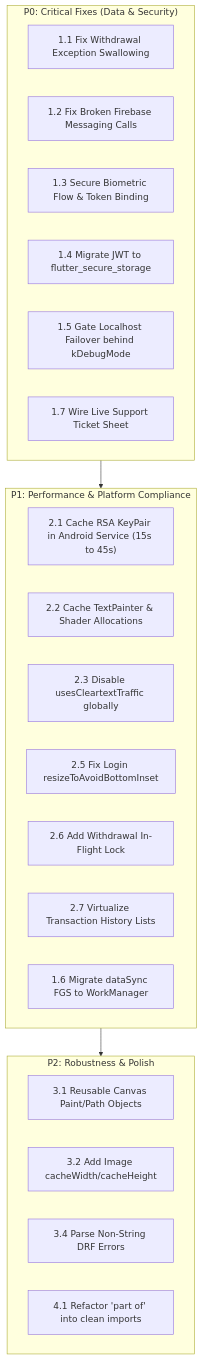
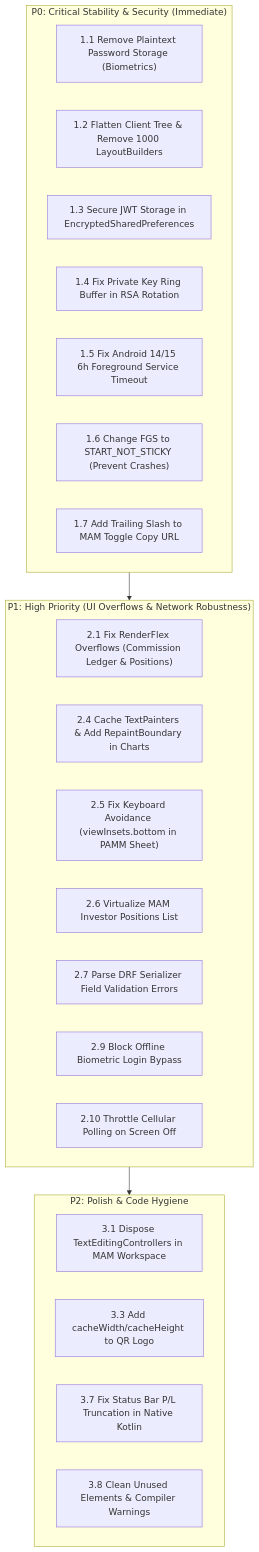
The diagram in APPLICATION_AUDIT.md (Moneykrishnaeducation/crm_app), drawn with Mermaid before and after one commit. The commit also changed other lines of this file, not shown here.

Commit message:
docs: comprehensive application audit covering security, native lifecycle, and UI performance (Nov 26, 2026)

````diff
--- a/APPLICATION_AUDIT.md
+++ b/APPLICATION_AUDIT.md
@@ -241,30 +292,31 @@
 ```mermaid
 flowchart TD
-    subgraph P0["P0: Critical Fixes (Data & Security)"]
-        A1["1.1 Fix Withdrawal Exception Swallowing"]
-        A2["1.2 Fix Broken Firebase Messaging Calls"]
-        A3["1.3 Secure Biometric Flow & Token Binding"]
-        A4["1.4 Migrate JWT to flutter_secure_storage"]
-        A5["1.5 Gate Localhost Failover behind kDebugMode"]
-        A6["1.7 Wire Live Support Ticket Sheet"]
-    end
-    
-    subgraph P1["P1: Performance & Platform Compliance"]
-        B1["2.1 Cache RSA KeyPair in Android Service (15s to 45s)"]
-        B2["2.2 Cache TextPainter & Shader Allocations"]
-        B3["2.3 Disable usesCleartextTraffic globally"]
-        B4["2.5 Fix Login resizeToAvoidBottomInset"]
-        B5["2.6 Add Withdrawal In-Flight Lock"]
-        B6["2.7 Virtualize Transaction History Lists"]
-        B7["1.6 Migrate dataSync FGS to WorkManager"]
+    subgraph P0["P0: Critical Stability & Security (Immediate)"]
+        A1["1.1 Remove Plaintext Password Storage (Biometrics)"]
+        A2["1.2 Flatten Client Tree & Remove 1000 LayoutBuilders"]
+        A3["1.3 Secure JWT Storage in EncryptedSharedPreferences"]
+        A4["1.4 Fix Private Key Ring Buffer in RSA Rotation"]
+        A5["1.5 Fix Android 14/15 6h Foreground Service Timeout"]
+        A6["1.6 Change FGS to START_NOT_STICKY (Prevent Crashes)"]
+        A7["1.7 Add Trailing Slash to MAM Toggle Copy URL"]
     end
 
-    subgraph P2["P2: Robustness & Polish"]
-        C1["3.1 Reusable Canvas Paint/Path Objects"]
-        C2["3.2 Add Image cacheWidth/cacheHeight"]
-        C3["3.4 Parse Non-String DRF Errors"]
-        C4["4.1 Refactor 'part of' into clean imports"]
+    subgraph P1["P1: High Priority (UI Overflows & Network Robustness)"]
+        B1["2.1 Fix RenderFlex Overflows (Commission Ledger & Positions)"]
+        B2["2.4 Cache TextPainters & Add RepaintBoundary in Charts"]
+        B3["2.5 Fix Keyboard Avoidance (viewInsets.bottom in PAMM Sheet)"]
+        B4["2.6 Virtualize MAM Investor Positions List"]
+        B5["2.7 Parse DRF Serializer Field Validation Errors"]
+        B6["2.9 Block Offline Biometric Login Bypass"]
+        B7["2.10 Throttle Cellular Polling on Screen Off"]
+    end
+
+    subgraph P2["P2: Polish & Code Hygiene"]
+        C1["3.1 Dispose TextEditingControllers in MAM Workspace"]
+        C2["3.3 Add cacheWidth/cacheHeight to QR Logo"]
+        C3["3.7 Fix Status Bar P/L Truncation in Native Kotlin"]
+        C4["3.8 Clean Unused Elements & Compiler Warnings"]
     end
 
     P0 --> P1 --> P2
 ```
````
